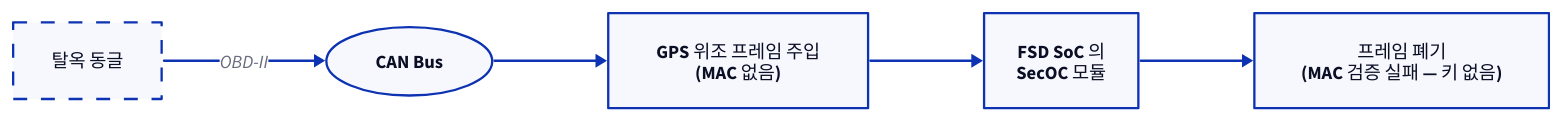
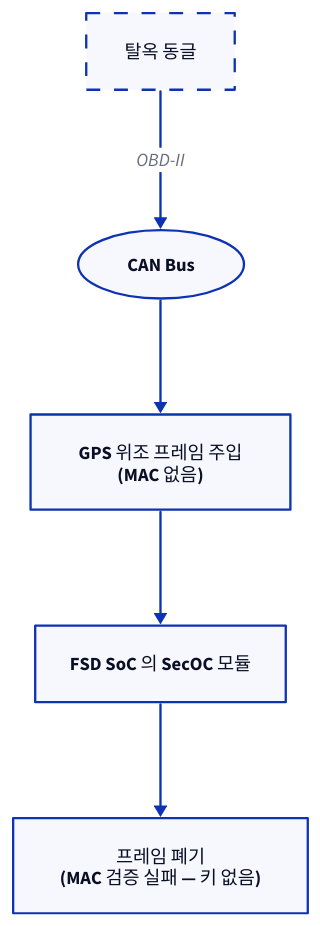
One commit to humbleowl39/DV_SKOOL changed the tenth of 14 diagrams in topics/automotive_cybersecurity/docs/02_automotive_soc_security.md. Above: the diagram before and after it, drawn with D2. The commit also changed other lines of this file and 90 other files, not shown here.

First line of the commit message:
docs: 전 토픽 다이어그램 정비 — ASCII→D2, mermaid→D2, 과대 D2 가시성 수정

````diff
--- a/topics/automotive_cybersecurity/docs/02_automotive_soc_security.md
+++ b/topics/automotive_cybersecurity/docs/02_automotive_soc_security.md
@@ -448,11 +442,14 @@
 ```d2
-direction: right
+direction: down
+
 DONGLE: "탈옥 동글" { style.stroke-dash: 6; style.stroke-width: 2 }
 BUS: "CAN Bus" { shape: oval }
 INJ: "GPS 위조 프레임 주입\n(MAC 없음)"
-SECOC: "FSD SoC 의\nSecOC 모듈"
+SECOC: "FSD SoC 의 SecOC 모듈"
 DROP: "프레임 폐기\n(MAC 검증 실패 — 키 없음)"
 
-DONGLE -> BUS: OBD-II
-BUS -> INJ -> SECOC -> DROP
+DONGLE -> BUS: "OBD-II"
+BUS -> INJ
+INJ -> SECOC
+SECOC -> DROP
 ```
````
